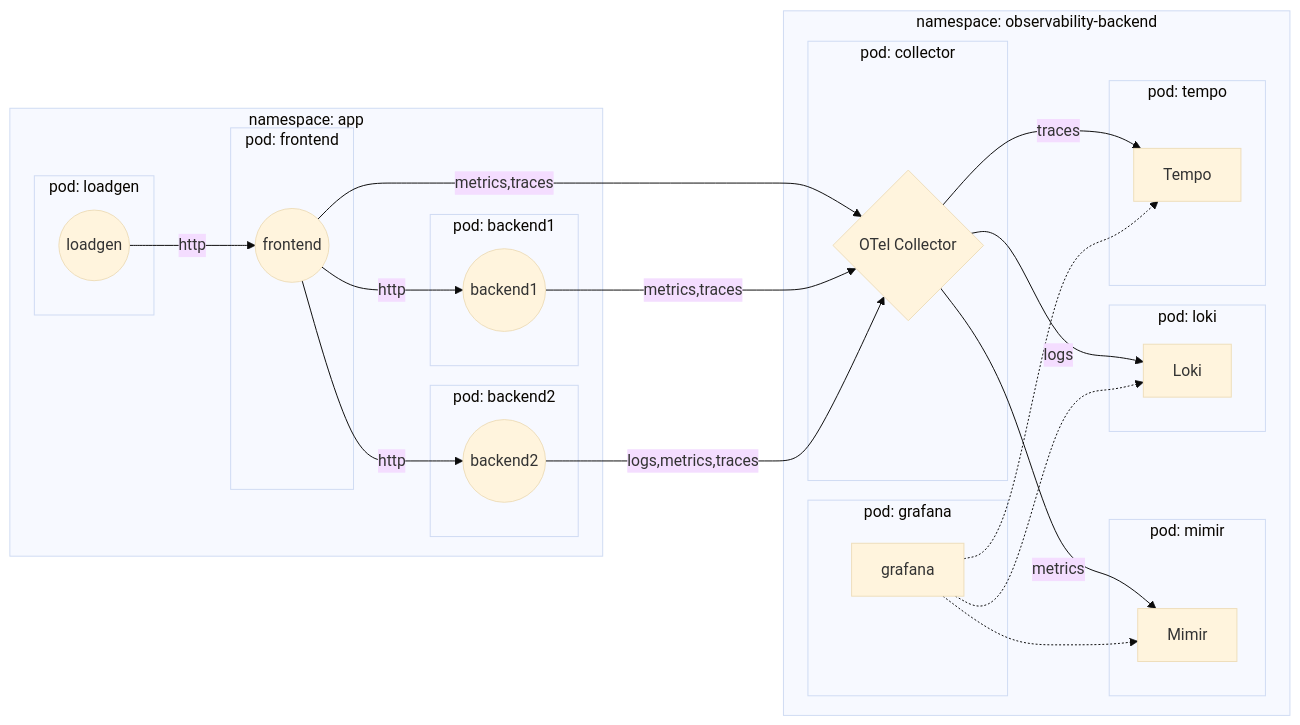
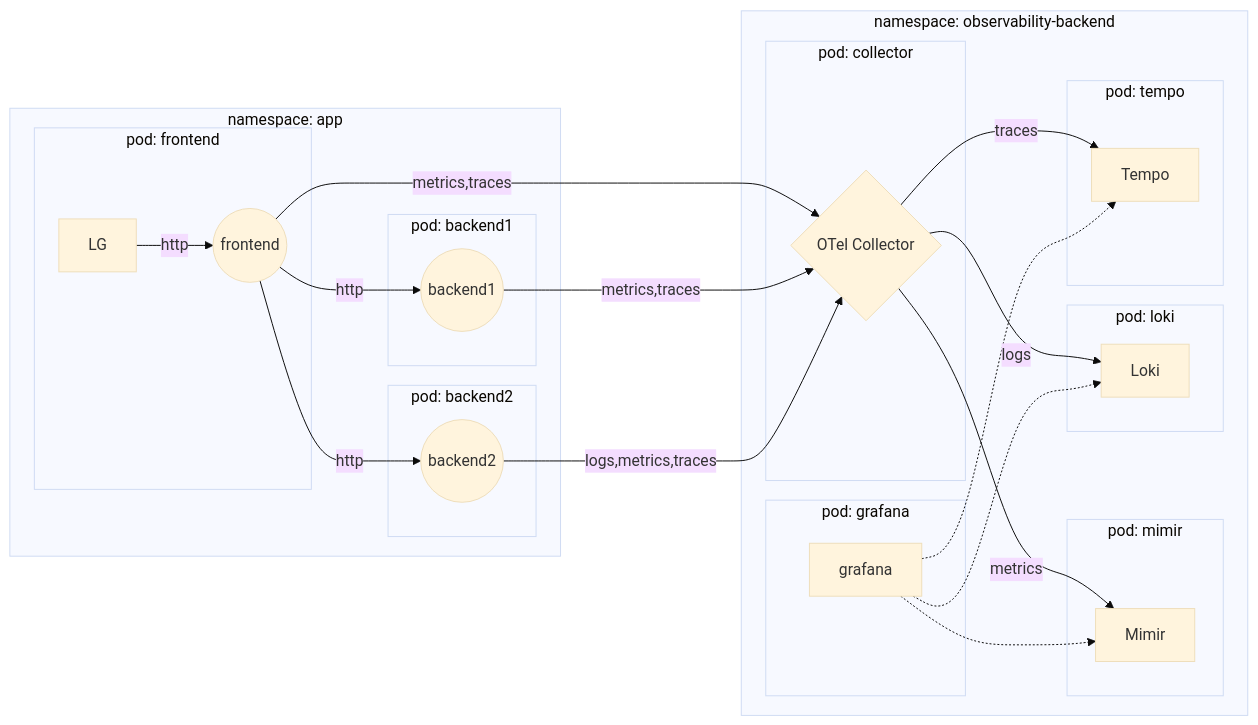
The second of 2 diagrams in 03-app-instrumentation.md (ramgopireddy/kubecon-eu-2023-opentelemetry-kubernetes-tutorial), drawn with Mermaid (base theme) before and after one commit.

````diff
--- a/03-app-instrumentation.md
+++ b/03-app-instrumentation.md
@@ -281,37 +281,34 @@
 ```mermaid
 
 flowchart LR
     subgraph namespace: observability-backend
         subgraph pod: collector
             OC{OTel Collector}
         end
         subgraph pod: mimir
             OC --metrics-->Mimir
         end
         subgraph pod: loki
             OC --logs-->Loki
         end
         subgraph pod: tempo
             OC --traces-->Tempo
         end
         subgraph pod: grafana
             grafana-.->Mimir
             grafana-.->Loki
             grafana-.->Tempo
         end
     end
     subgraph namespace: app
-        subgraph pod: loadgen
-            LG((loadgen))
-        end
         subgraph pod: frontend
             LG --http--> F((frontend)) --metrics,traces--> OC
         end
         subgraph pod: backend1
             F --http--> B1((backend1)) --metrics,traces--> OC
         end
         subgraph pod: backend2
             F --http--> B2((backend2)) --logs,metrics,traces--> OC
         end
     end
 ```
````
